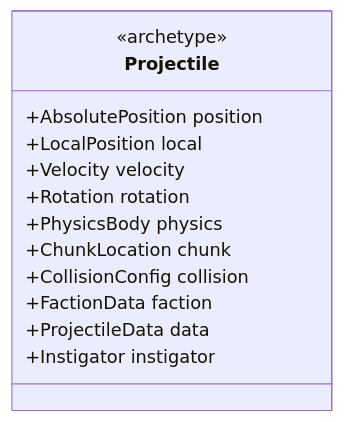
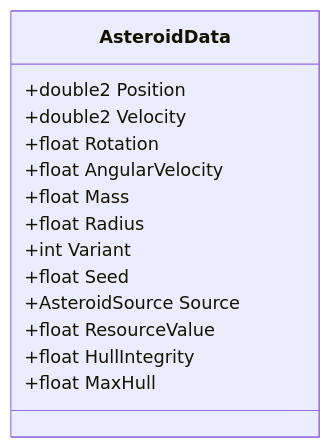
One commit to zephkelly/starfire changed the fifth of 8 diagrams in .obsidian/architecture/04-archetype-strategy.md. Above: the diagram before and after it, drawn with Mermaid. The commit also changed other lines of this file and 27 other files, not shown here.

Commit message:
feat: update architecture docs to include modding system

````diff
--- a/.obsidian/architecture/04-archetype-strategy.md
+++ b/.obsidian/architecture/04-archetype-strategy.md
@@ -436,16 +228,17 @@
 ```mermaid
 classDiagram
-    class Projectile {
-        <<archetype>>
-        +AbsolutePosition position
-        +LocalPosition local
-        +Velocity velocity
-        +Rotation rotation
-        +PhysicsBody physics
-        +ChunkLocation chunk
-        +CollisionConfig collision
-        +FactionData faction
-        +ProjectileData data
-        +Instigator instigator
+    class AsteroidData {
+        +double2 Position
+        +double2 Velocity
+        +float Rotation
+        +float AngularVelocity
+        +float Mass
+        +float Radius
+        +int Variant
+        +float Seed
+        +AsteroidSource Source
+        +float ResourceValue
+        +float HullIntegrity
+        +float MaxHull
     }
 ```
````
